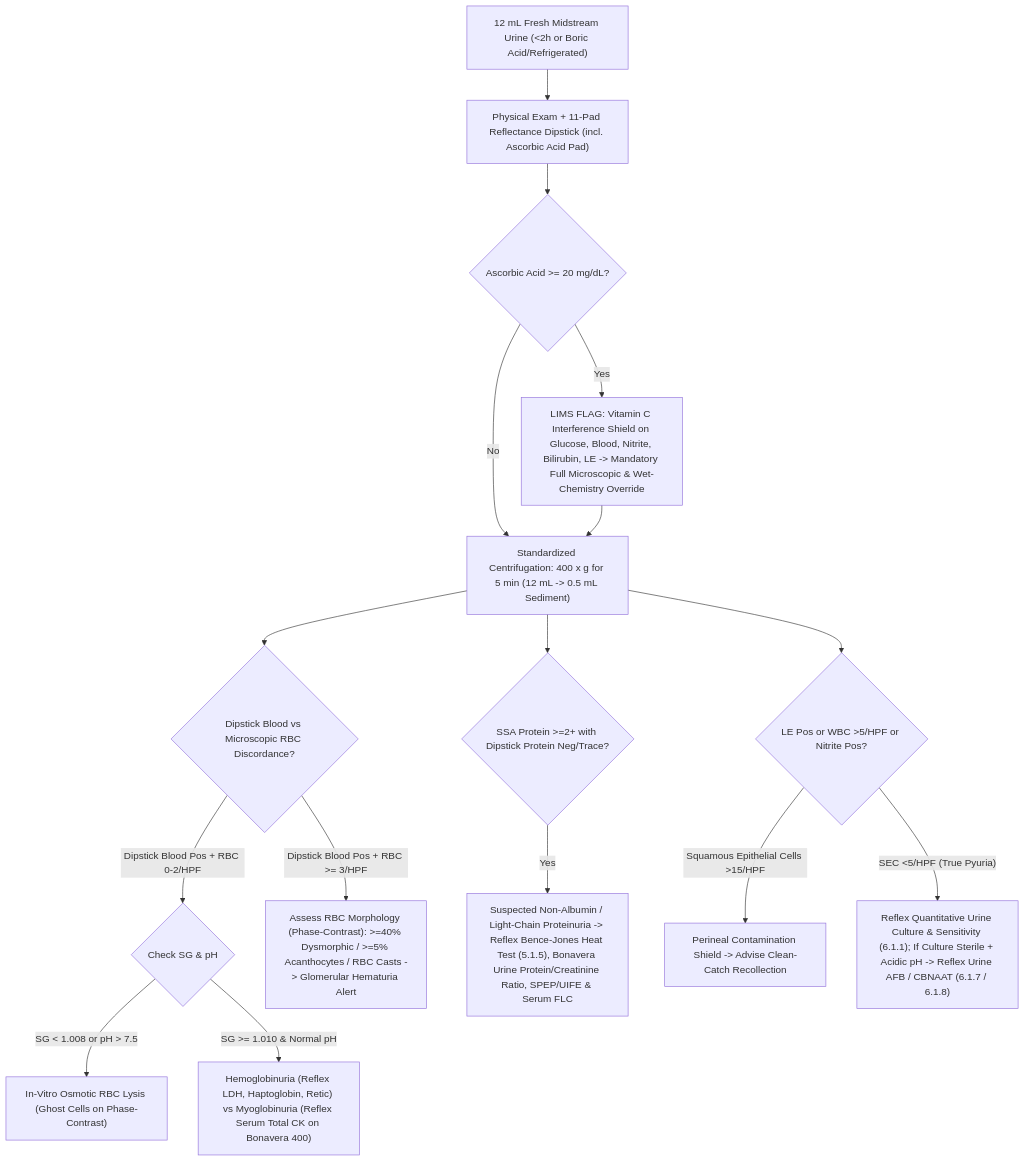
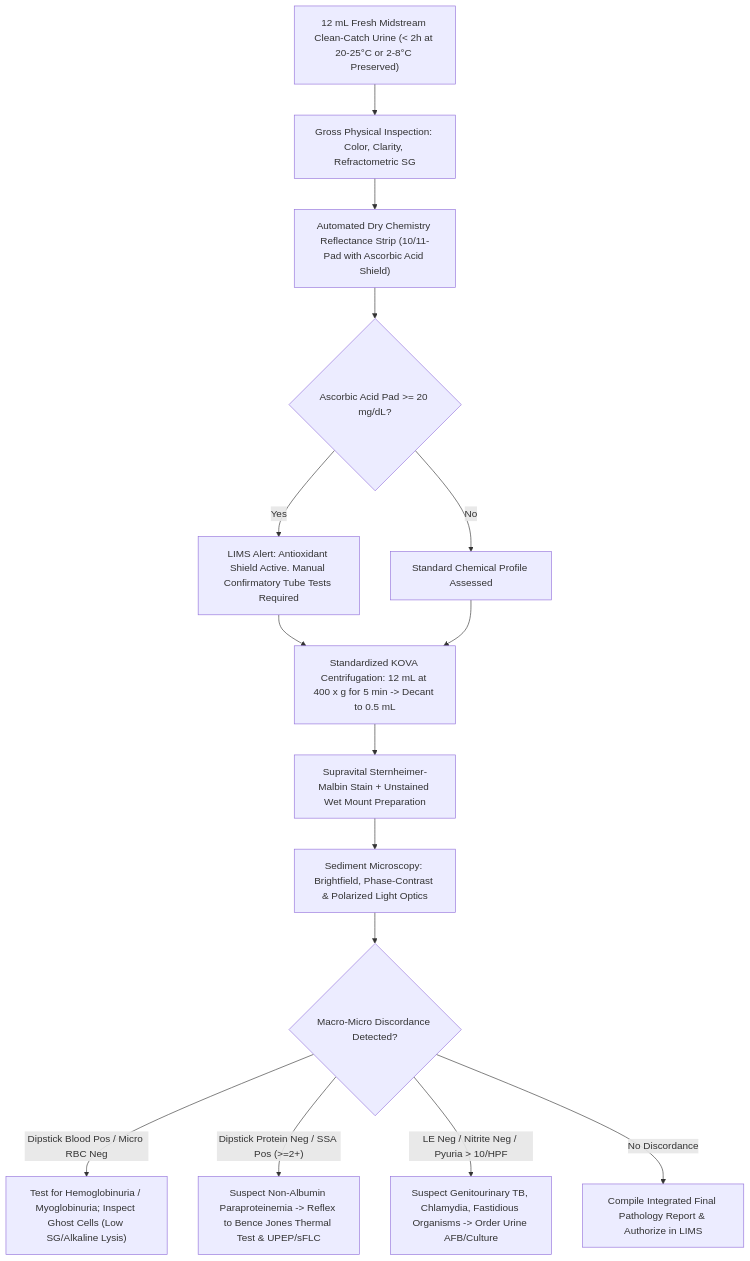
The diagram in 05_Clinical_Pathology_and_Body_Fluids/5.1_Urine_Complete_Examination_and_Pregnancy_Cluster.md (sawariyadiagnostic/references-and-interpretations), drawn with Mermaid before and after one commit. The commit also changed other lines of this file and 4 other files, not shown here.

Commit message:
feat(clinical-pathology): red-team international & above-NABL upgrade of Batch 42 Urine Cluster Overview, CUE Master SOP, Physical/10-Dipstick, Sediment Microscopy, Special Chemistry

````diff
--- a/05_Clinical_Pathology_and_Body_Fluids/5.1_Urine_Complete_Examination_and_Pregnancy_Cluster.md
+++ b/05_Clinical_Pathology_and_Body_Fluids/5.1_Urine_Complete_Examination_and_Pregnancy_Cluster.md
@@ -39,18 +43,17 @@
 ```mermaid
 flowchart TD
-    A["12 mL Fresh Midstream Urine (<2h or Boric Acid/Refrigerated)"] --> B["Physical Exam + 11-Pad Reflectance Dipstick (incl. Ascorbic Acid Pad)"]
-    B --> C{"Ascorbic Acid >= 20 mg/dL?"}
-    C -- Yes --> D["LIMS FLAG: Vitamin C Interference Shield on Glucose, Blood, Nitrite, Bilirubin, LE -> Mandatory Full Microscopic & Wet-Chemistry Override"]
-    C -- No --> E["Standardized Centrifugation: 400 x g for 5 min (12 mL -> 0.5 mL Sediment)"]
-    D --> E
-    E --> F{"Dipstick Blood vs Microscopic RBC Discordance?"}
-    F -- "Dipstick Blood Pos + RBC 0-2/HPF" --> G{"Check SG & pH"}
-    G -- "SG < 1.008 or pH > 7.5" --> H["In-Vitro Osmotic RBC Lysis (Ghost Cells on Phase-Contrast)"]
-    G -- "SG >= 1.010 & Normal pH" --> I["Hemoglobinuria (Reflex LDH, Haptoglobin, Retic) vs Myoglobinuria (Reflex Serum Total CK on Bonavera 400)"]
-    F -- "Dipstick Blood Pos + RBC >= 3/HPF" --> J["Assess RBC Morphology (Phase-Contrast): >=40% Dysmorphic / >=5% Acanthocytes / RBC Casts -> Glomerular Hematuria Alert"]
-    E --> K{"SSA Protein >=2+ with Dipstick Protein Neg/Trace?"}
-    K -- Yes --> L["Suspected Non-Albumin / Light-Chain Proteinuria -> Reflex Bence-Jones Heat Test (5.1.5), Bonavera Urine Protein/Creatinine Ratio, SPEP/UIFE & Serum FLC"]
-    E --> M{"LE Pos or WBC >5/HPF or Nitrite Pos?"}
-    M -- "Squamous Epithelial Cells >15/HPF" --> N["Perineal Contamination Shield -> Advise Clean-Catch Recollection"]
-    M -- "SEC <5/HPF (True Pyuria)" --> O["Reflex Quantitative Urine Culture & Sensitivity (6.1.1); If Culture Sterile + Acidic pH -> Reflex Urine AFB / CBNAAT (6.1.7 / 6.1.8)"]
+    A["12 mL Fresh Midstream Clean-Catch Urine (< 2h at 20-25°C or 2-8°C Preserved)"] --> B["Gross Physical Inspection: Color, Clarity, Refractometric SG"]
+    B --> C["Automated Dry Chemistry Reflectance Strip (10/11-Pad with Ascorbic Acid Shield)"]
+    C --> D{"Ascorbic Acid Pad >= 20 mg/dL?"}
+    D -- Yes --> E["LIMS Alert: Antioxidant Shield Active. Manual Confirmatory Tube Tests Required"]
+    D -- No --> F["Standard Chemical Profile Assessed"]
+    E --> G["Standardized KOVA Centrifugation: 12 mL at 400 x g for 5 min -> Decant to 0.5 mL"]
+    F --> G
+    G --> H["Supravital Sternheimer-Malbin Stain + Unstained Wet Mount Preparation"]
+    H --> I["Sediment Microscopy: Brightfield, Phase-Contrast & Polarized Light Optics"]
+    I --> J{"Macro-Micro Discordance Detected?"}
+    J -- "Dipstick Blood Pos / Micro RBC Neg" --> K["Test for Hemoglobinuria / Myoglobinuria; Inspect Ghost Cells (Low SG/Alkaline Lysis)"]
+    J -- "Dipstick Protein Neg / SSA Pos (>=2+)" --> L["Suspect Non-Albumin Paraproteinemia -> Reflex to Bence Jones Thermal Test & UPEP/sFLC"]
+    J -- "LE Neg / Nitrite Neg / Pyuria > 10/HPF" --> M["Suspect Genitourinary TB, Chlamydia, Fastidious Organisms -> Order Urine AFB/Culture"]
+    J -- "No Discordance" --> N["Compile Integrated Final Pathology Report & Authorize in LIMS"]
 ```
````
